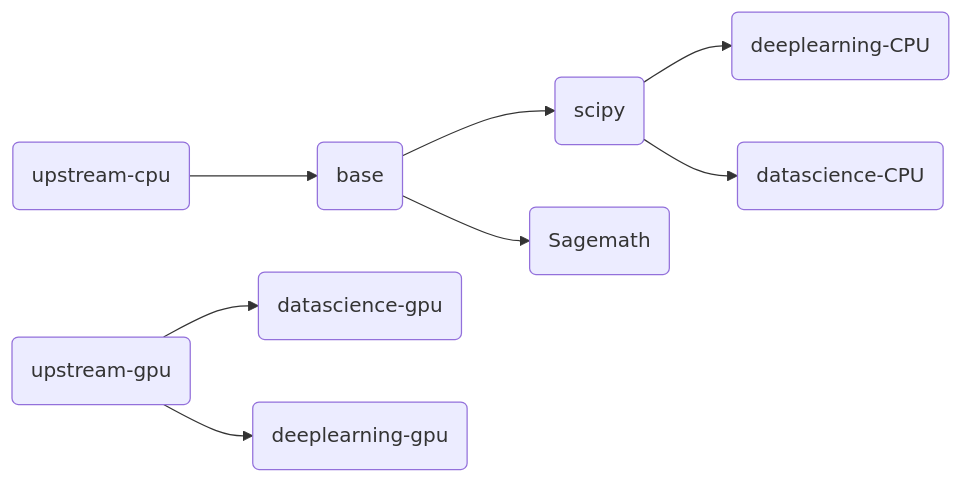
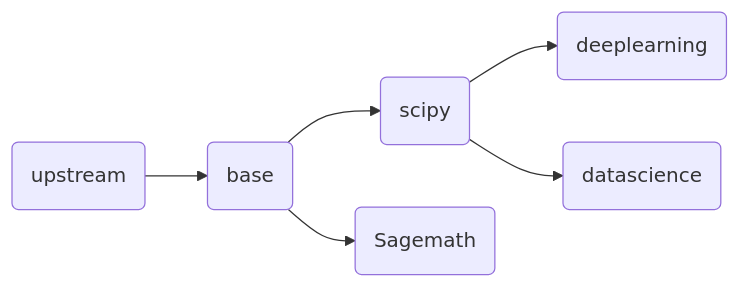
One commit to ben0i0d/jupyter-image-stacks changed the diagram in README.md. Above: the diagram before and after it, drawn with Mermaid. The commit also changed other lines of this file, not shown here.

Commit message:
更新 README.md

````diff
--- a/README.md
+++ b/README.md
@@ -14,10 +15,8 @@
 ```mermaid
 graph LR
-A(upstream-cpu)-->B(base)
+A(upstream)-->B(base)
 B-->C(scipy)
-C-->D(deeplearning-CPU)	
-C-->E(datascience-CPU)
+C-->D(deeplearning)	
+C-->E(datascience)
 B-->F(Sagemath)
-G(upstream-gpu)-->H(datascience-gpu)
-G(upstream-gpu)-->I(deeplearning-gpu)
 ```  
````
